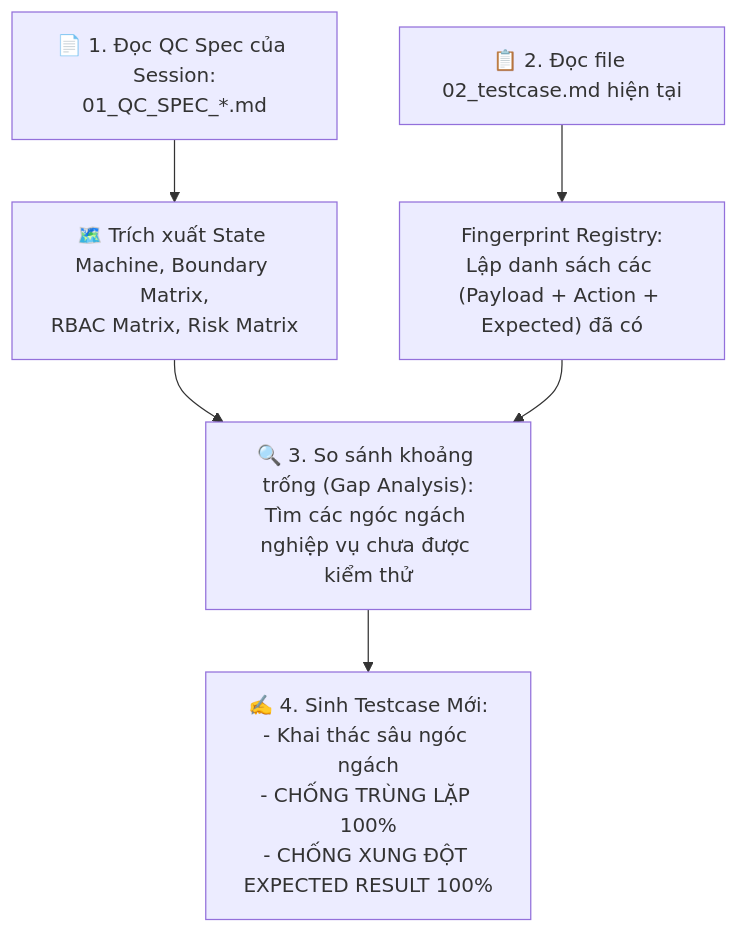
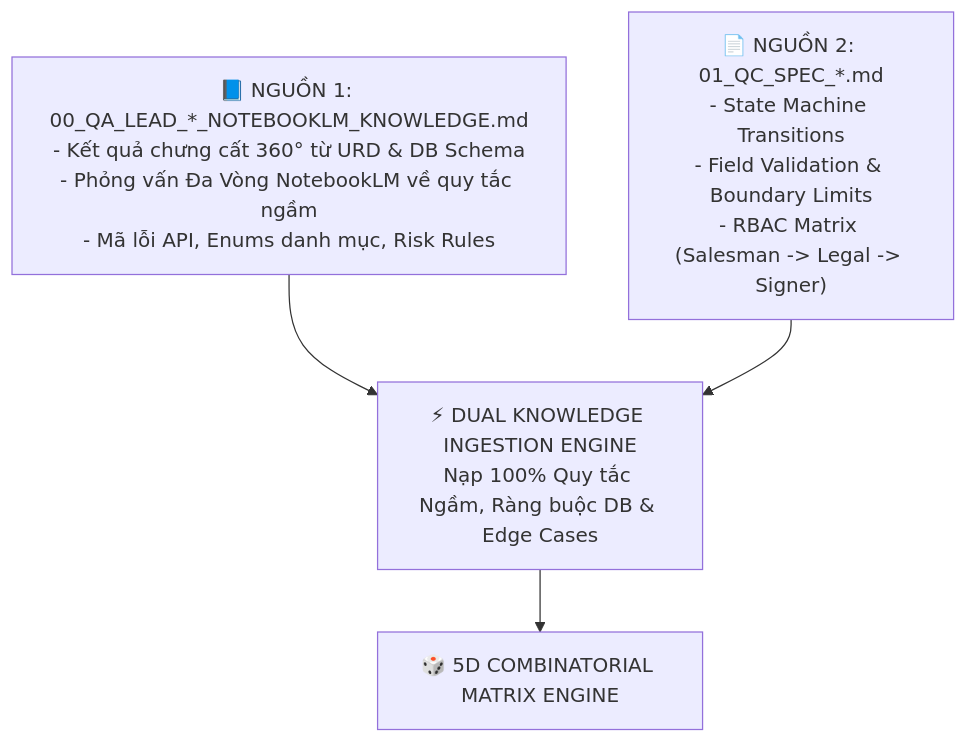
Before and after one commit to tibe2109/qc-playwright-workflow: the diagram in skills/ai-testcase-generator/SKILL.md, drawn with Mermaid. The commit also changed other lines of this file, not shown here.

Commit message:
feat: upgrade testcase generator (v3.0) with Dual Knowledge Ingestion and 5D Combinatorial Matrix Engine

````diff
--- a/skills/ai-testcase-generator/SKILL.md
+++ b/skills/ai-testcase-generator/SKILL.md
@@ -16,7 +16,7 @@
 ```mermaid
 graph TD
-    SPEC["📄 1. Đọc QC Spec của Session:<br/>01_QC_SPEC_*.md"] --> MAP["🗺️ Trích xuất State Machine, Boundary Matrix,<br/>RBAC Matrix, Risk Matrix"]
-    READ_TC["📋 2. Đọc file 02_testcase.md hiện tại"] --> EXIST["Fingerprint Registry:<br/>Lập danh sách các (Payload + Action + Expected) đã có"]
-    MAP & EXIST --> DIFF["🔍 3. So sánh khoảng trống (Gap Analysis):<br/>Tìm các ngóc ngách nghiệp vụ chưa được kiểm thử"]
-    DIFF --> GEN["✍️ 4. Sinh Testcase Mới:<br/>- Khai thác sâu ngóc ngách<br/>- CHỐNG TRÙNG LẶP 100%<br/>- CHỐNG XUNG ĐỘT EXPECTED RESULT 100%"]
+    S1["📘 NGUỒN 1: 00_QA_LEAD_*_NOTEBOOKLM_KNOWLEDGE.md<br/>- Kết quả chưng cất 360° từ URD & DB Schema<br/>- Phỏng vấn Đa Vòng NotebookLM về quy tắc ngầm<br/>- Mã lỗi API, Enums danh mục, Risk Rules"] --> DUAL
+    S2["📄 NGUỒN 2: 01_QC_SPEC_*.md<br/>- State Machine Transitions<br/>- Field Validation & Boundary Limits<br/>- RBAC Matrix (Salesman -> Legal -> Signer)"] --> DUAL
+
+    DUAL["⚡ DUAL KNOWLEDGE INGESTION ENGINE<br/>Nạp 100% Quy tắc Ngầm, Ràng buộc DB & Edge Cases"] --> MATRIX["🎲 5D COMBINATORIAL MATRIX ENGINE"]
 ```
````
